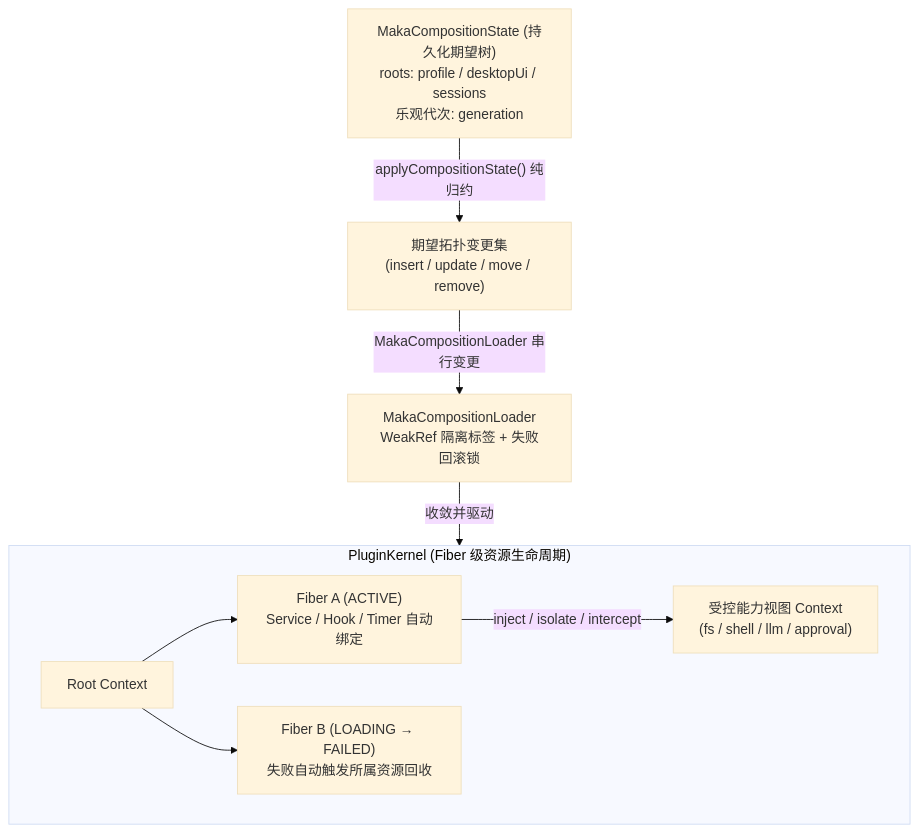
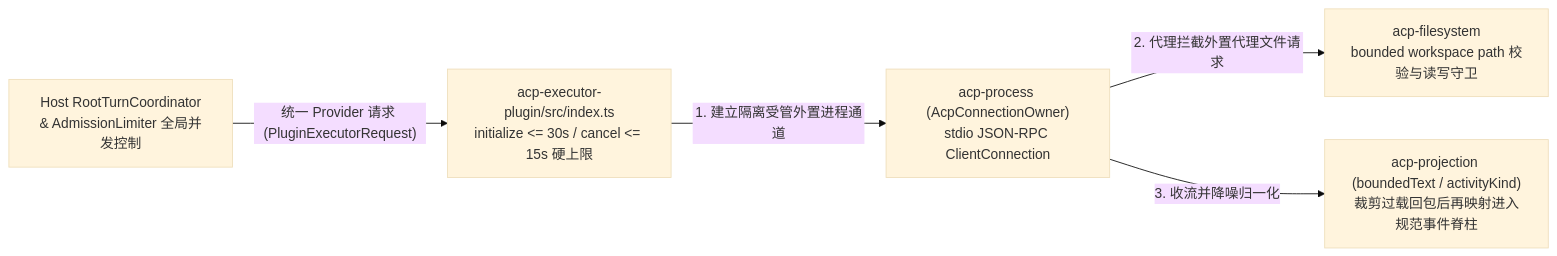
The second of 2 diagrams in maka-agent-infra/01-runtime/plugin-and-acp-runtime.md (suger-m/agent-infrastructure-docs), drawn with Mermaid (base theme) before and after one commit. The commit also changed other lines of this file and 33 other files, not shown here.

Commit message:
docs(ts): overhaul all 32 TS architecture chapters in razor-sharp microkernel style & polish Rust foundations

````diff
--- a/maka-agent-infra/01-runtime/plugin-and-acp-runtime.md
+++ b/maka-agent-infra/01-runtime/plugin-and-acp-runtime.md
@@ -28,14 +51,7 @@
 ```mermaid
-flowchart TB
-    Desired["MakaCompositionState (持久化期望树)<br/>roots: profile / desktopUi / sessions<br/>乐观代次: generation"] -->|"applyCompositionState() 纯归约"| Diff["期望拓扑变更集<br/>(insert / update / move / remove)"]
-    
-    Diff -->|"MakaCompositionLoader 串行变更"| Loader["MakaCompositionLoader<br/>WeakRef 隔离标签 + 失败回滚锁"]
-    
-    subgraph Kernel["PluginKernel (Fiber 级资源生命周期)"]
-        RootCtx["Root Context"] --> F1["Fiber A (ACTIVE)<br/>Service / Hook / Timer 自动绑定"]
-        RootCtx --> F2["Fiber B (LOADING → FAILED)<br/>失败自动触发所属资源回收"]
-        F1 -->|"inject / isolate / intercept"| Cap["受控能力视图 Context<br/>(fs / shell / llm / approval)"]
-    end
-    
-    Loader -->|"收敛并驱动"| Kernel
+flowchart LR
+    HostTurn["Host RootTurnCoordinator<br/>& AdmissionLimiter 全局并发控制"] -->|"统一 Provider 请求 (PluginExecutorRequest)"| AcpIdx["acp-executor-plugin/src/index.ts<br/>initialize <= 30s / cancel <= 15s 硬上限"]
+    AcpIdx -->|"1. 建立隔离受管外置进程通道"| Proc["acp-process (AcpConnectionOwner)<br/>stdio JSON-RPC ClientConnection"]
+    Proc -->|"2. 代理拦截外置代理文件请求"| FsProxy["acp-filesystem<br/>bounded workspace path 校验与读写守卫"]
+    Proc -->|"3. 收流并降噪归一化"| Proj["acp-projection (boundedText / activityKind)<br/>裁剪过载回包后再映射进入规范事件脊柱"]
 ```
````
